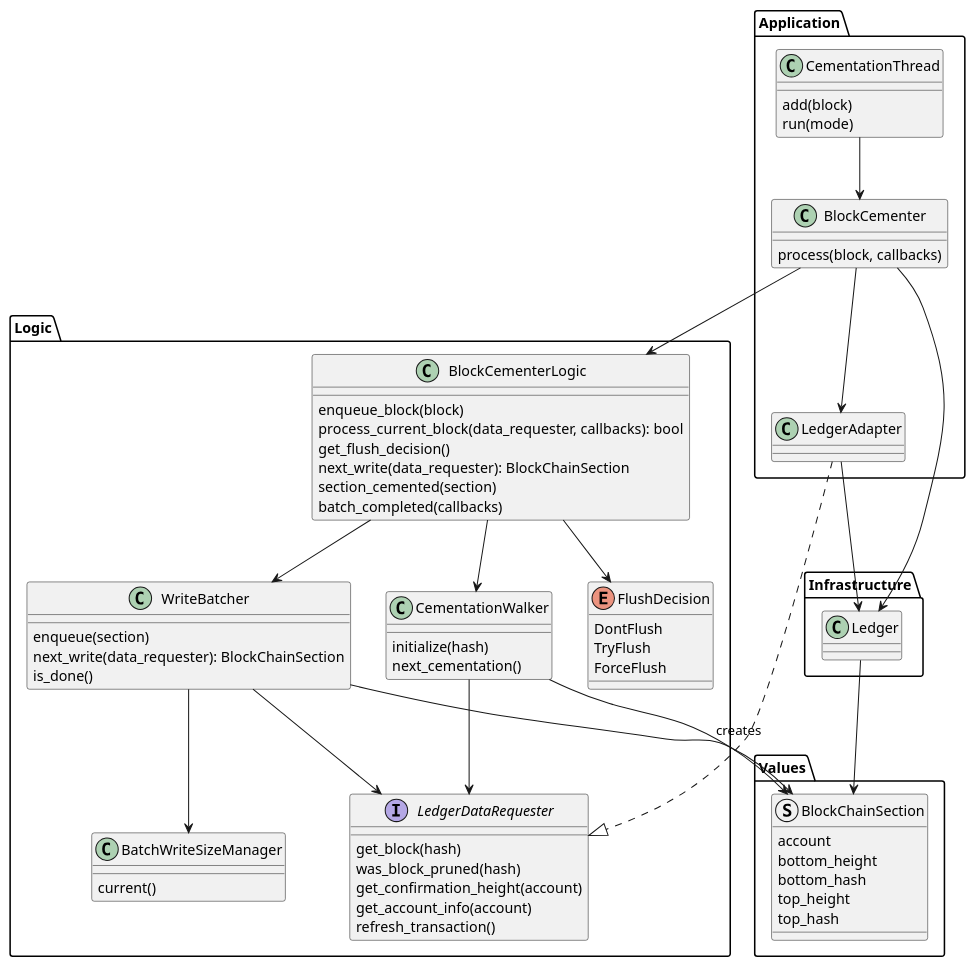
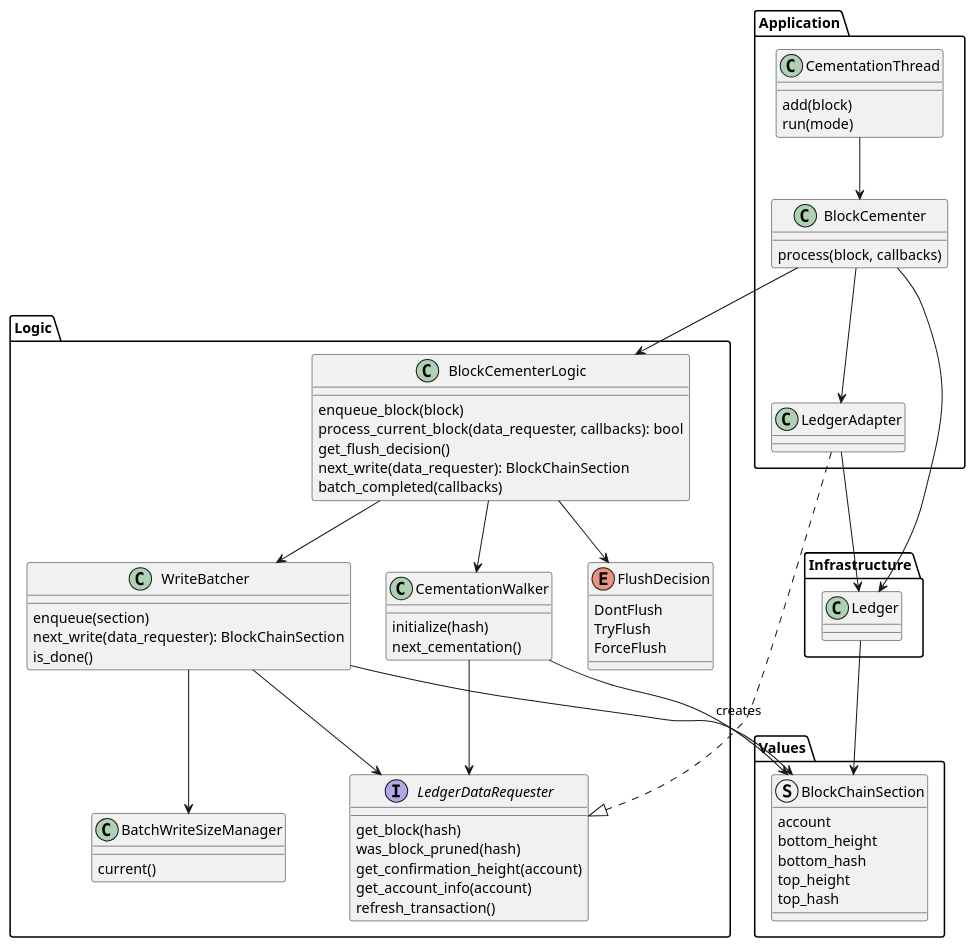
Before and after one commit to stjet/rsban-node: the diagram in rust/doc/cementing.puml, drawn with PlantUML. The commit also changed 5 other files, not shown here.

```diff
--- a/rust/doc/cementing.puml
+++ b/rust/doc/cementing.puml
@@ -1,93 +1,92 @@
 @startuml "Confirmation Height"
 
 package "Infrastructure" {
     class Ledger
 }
 
 package "Logic"{
 
     class WriteBatcher {
         enqueue(section)
         next_write(data_requester): BlockChainSection
         is_done()
     }
 
     class BatchWriteSizeManager {
         current()
     }
 
     interface LedgerDataRequester{
         get_block(hash)
         was_block_pruned(hash)
         get_confirmation_height(account)
         get_account_info(account)
         refresh_transaction()
     }
 
     class CementationWalker{
         initialize(hash)
         next_cementation()
     }
 
     class BlockCementerLogic{
         enqueue_block(block)
         process_current_block(data_requester, callbacks): bool
         get_flush_decision()
         next_write(data_requester): BlockChainSection
-        section_cemented(section)
         batch_completed(callbacks)
     }
 
     enum FlushDecision{
         DontFlush
         TryFlush
         ForceFlush
     }
 }
 
 package "Values"{
     struct BlockChainSection{
         account
         bottom_height
         bottom_hash
         top_height
         top_hash
     }
 }
 
 package "Application"{
     class CementationThread{
         add(block)
         run(mode)
     }
 
     class BlockCementer{
         process(block, callbacks)
     }
 
     class LedgerAdapter
 }
 
 Ledger --> BlockChainSection
 
 BlockCementer --> Ledger
 BlockCementer --> LedgerAdapter
 BlockCementer --> BlockCementerLogic
 
 BlockCementerLogic --> CementationWalker
 BlockCementerLogic --> WriteBatcher
 BlockCementerLogic --> FlushDecision
 
 CementationWalker --> BlockChainSection: creates
 CementationWalker --> LedgerDataRequester
 
 WriteBatcher --> BatchWriteSizeManager
 WriteBatcher --> LedgerDataRequester
 WriteBatcher --> BlockChainSection
 
 CementationThread --> BlockCementer
 
 LedgerAdapter ..|> LedgerDataRequester
 LedgerAdapter --> Ledger
 
 @enduml
```
